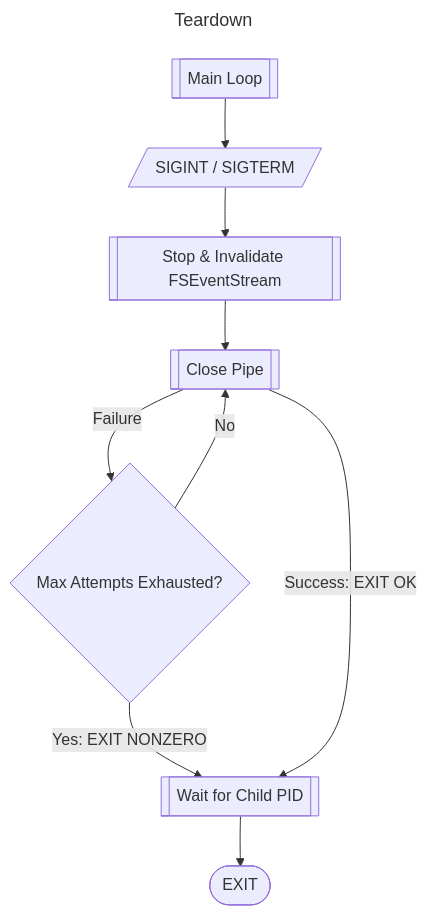
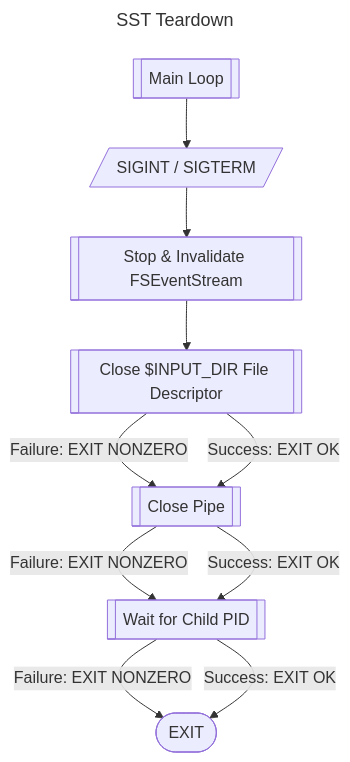
The diagram in Documentation/flowchart_teardown.mmd (CharlesMC11/sst), drawn with Mermaid before and after one commit. The commit also changed 6 other files, not shown here.

```diff
--- a/Documentation/flowchart_teardown.mmd
+++ b/Documentation/flowchart_teardown.mmd
@@ -1,12 +1,15 @@
 ---
-title: Teardown
+title: SST Teardown
 ---
 flowchart
   Main[[Main Loop]] --> Signals[/SIGINT / SIGTERM/]
   Signals --> Stop[[Stop & Invalidate FSEventStream]]
-  Stop --> Close[[Close Pipe]]
-  Close --> |Failure| Closed?{Max Attempts Exhausted?}
-  Closed? --> |No| Close
-  Closed? --> |Yes: EXIT NONZERO| Reap[[Wait for Child PID]]
-  Close --> |Success: EXIT OK| Reap
-  Reap --> Exit([EXIT])
+  Stop --> CloseDir[[Close $INPUT_DIR File Descriptor]]
+
+  CloseDir --> |Failure: EXIT NONZERO| ClosePipe[[Close Pipe]]
+  CloseDir --> |Success: EXIT OK| ClosePipe
+
+  ClosePipe --> |Failure: EXIT NONZERO| Reap[[Wait for Child PID]]
+  ClosePipe --> |Success: EXIT OK| Reap
+  Reap --> |Failure: EXIT NONZERO| Exit([EXIT])
+  Reap --> |Success: EXIT OK| Exit([EXIT])
```
